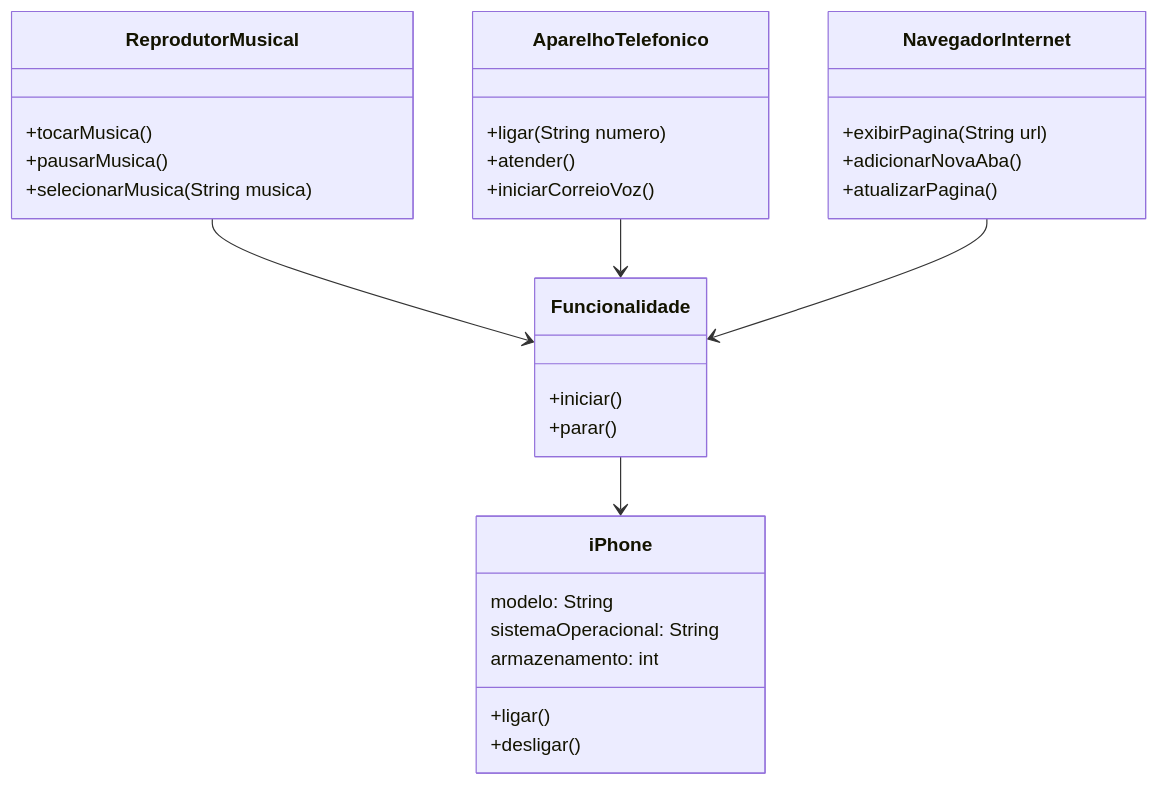
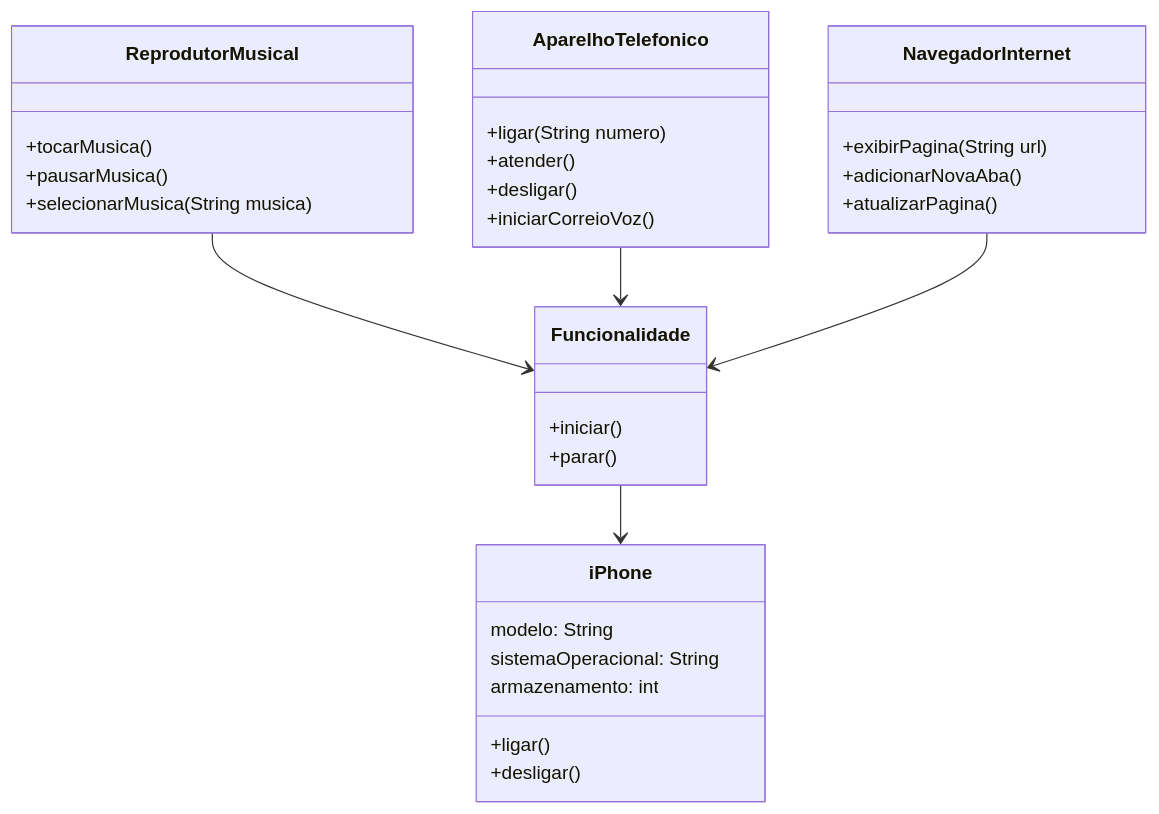
One commit to cenisio/dio-trilha-java-basico changed the diagram in poo/README.md. Above: the diagram before and after it, drawn with Mermaid. The commit also changed other lines of this file, not shown here.

````diff
--- a/poo/README.md
+++ b/poo/README.md
@@ -2,38 +2,39 @@
 ```mermaid
 classDiagram
     class ReprodutorMusical {
         +tocarMusica()
         +pausarMusica()
         +selecionarMusica(String musica)
     }
 
     class AparelhoTelefonico {
         +ligar(String numero)
         +atender()
+        +desligar()
         +iniciarCorreioVoz()
     }
 
     class NavegadorInternet {
         +exibirPagina(String url)
         +adicionarNovaAba()
         +atualizarPagina()
     }
 
     class Funcionalidade{
         +iniciar()
         +parar()
     }
 
     class iPhone {
         modelo: String
         sistemaOperacional: String
         armazenamento: int
         +ligar()
         +desligar()
     }
 
     ReprodutorMusical --> Funcionalidade
     AparelhoTelefonico --> Funcionalidade
     NavegadorInternet --> Funcionalidade
     Funcionalidade --> iPhone
 ```
````
